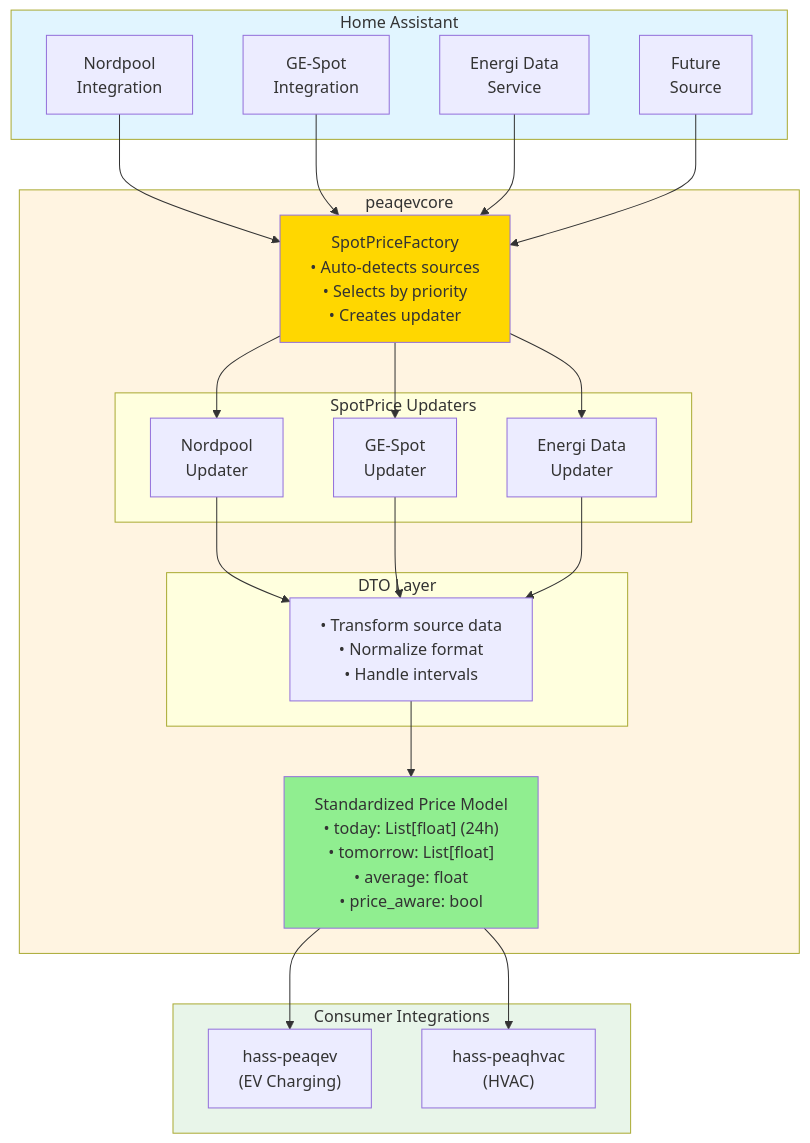
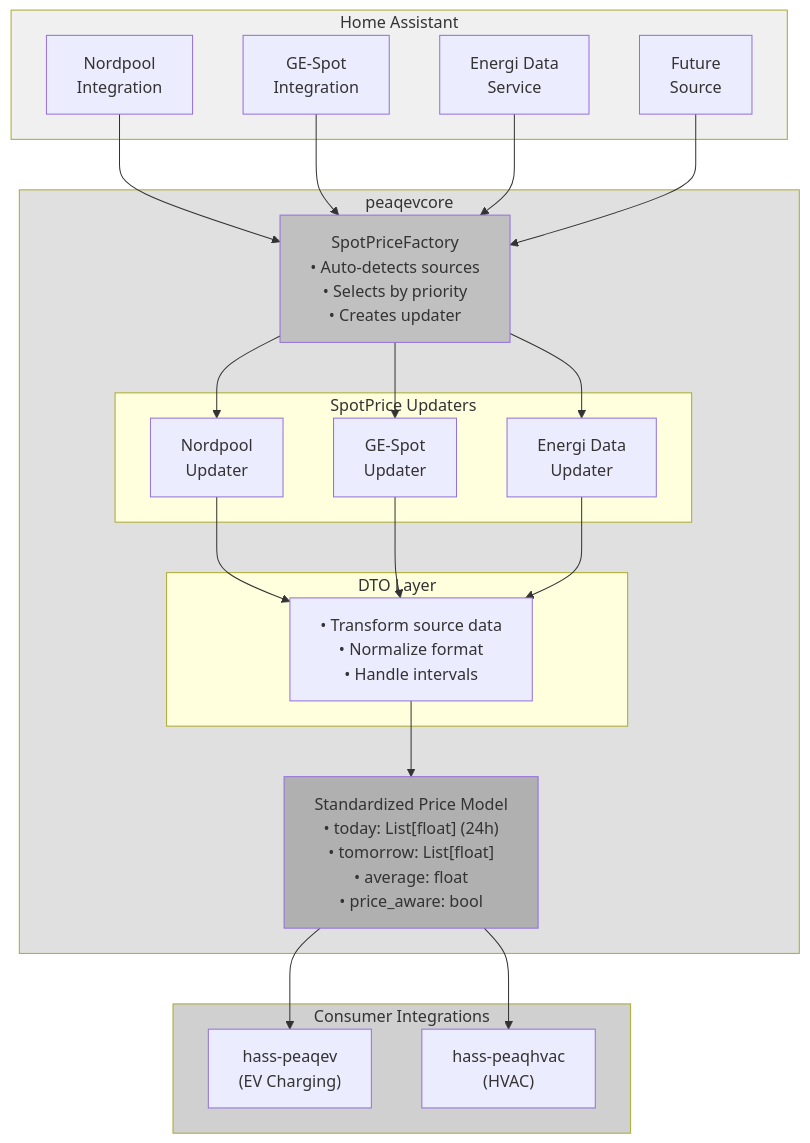
Before and after one commit to elden1337/peaqev-core: the first of 4 diagrams in docs/ARCHITECTURE.md, drawn with Mermaid. The commit also changed other lines of this file and 2 other files, not shown here.

Commit message:
docs: Convert Mermaid diagrams to grayscale for better readability
- Replace all colored fills with grayscale palette
- Improves contrast and readability
- Better for printing and accessibility

````diff
--- a/docs/ARCHITECTURE.md
+++ b/docs/ARCHITECTURE.md
@@ -25,54 +25,54 @@
 ```mermaid
 graph TB
     subgraph HA["Home Assistant"]
         Nordpool["Nordpool<br/>Integration"]
         GESpot["GE-Spot<br/>Integration"]
         EDS["Energi Data<br/>Service"]
         Future["Future<br/>Source"]
     end
     
     subgraph Core["peaqevcore"]
         Factory["SpotPriceFactory<br/>• Auto-detects sources<br/>• Selects by priority<br/>• Creates updater"]
         
         subgraph Updaters["SpotPrice Updaters"]
             NordpoolUpd["Nordpool<br/>Updater"]
             GESpotUpd["GE-Spot<br/>Updater"]
             EDSUpd["Energi Data<br/>Updater"]
         end
         
         subgraph DTOs["DTO Layer"]
             DTOLayer["• Transform source data<br/>• Normalize format<br/>• Handle intervals"]
         end
         
         Model["Standardized Price Model<br/>• today: List[float] (24h)<br/>• tomorrow: List[float]<br/>• average: float<br/>• price_aware: bool"]
     end
     
     subgraph Consumers["Consumer Integrations"]
         PeaqEV["hass-peaqev<br/>(EV Charging)"]
         PeaqHVAC["hass-peaqhvac<br/>(HVAC)"]
     end
     
     Nordpool --> Factory
     GESpot --> Factory
     EDS --> Factory
     Future --> Factory
     
     Factory --> NordpoolUpd
     Factory --> GESpotUpd
     Factory --> EDSUpd
     
     NordpoolUpd --> DTOLayer
     GESpotUpd --> DTOLayer
     EDSUpd --> DTOLayer
     
     DTOLayer --> Model
     
     Model --> PeaqEV
     Model --> PeaqHVAC
     
-    style HA fill:#e1f5ff
-    style Core fill:#fff4e1
-    style Consumers fill:#e8f5e9
-    style Factory fill:#ffd700
-    style Model fill:#90ee90
+    style HA fill:#f0f0f0
+    style Core fill:#e0e0e0
+    style Consumers fill:#d0d0d0
+    style Factory fill:#c0c0c0
+    style Model fill:#b0b0b0
 ```
````
